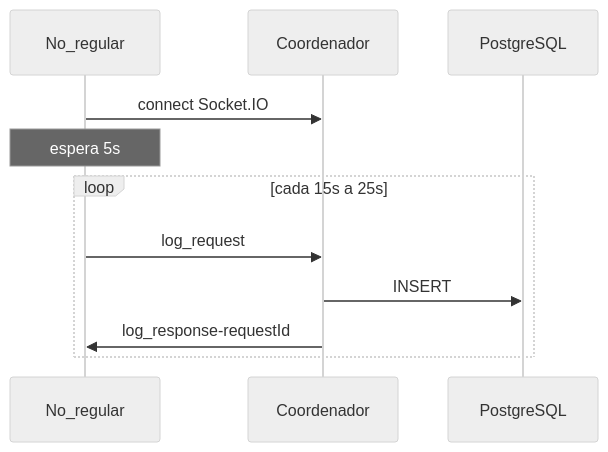
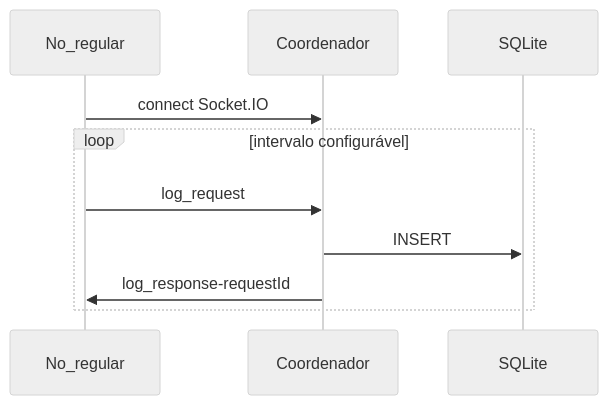
Before and after one commit to GabrielFSSantos/ring-coordinator-lab: the diagram in docs/documentation/11_fluxo_ponta_a_ponta.md, drawn with Mermaid (neutral theme). The commit also changed other lines of this file and 171 other files, not shown here.

First line of the commit message:
feat: storage HTTP, timeline global, lab-tail e LAN 8 nós

````diff
--- a/docs/documentation/11_fluxo_ponta_a_ponta.md
+++ b/docs/documentation/11_fluxo_ponta_a_ponta.md
@@ -19,13 +18,12 @@
 ```mermaid
 sequenceDiagram
   participant Reg as No_regular
   participant Coord as Coordenador
-  participant DB as PostgreSQL
+  participant DB as SQLite
   Reg->>Coord: connect Socket.IO
-  Note over Reg: espera 5s
-  loop cada 15s a 25s
+  loop intervalo configurável
     Reg->>Coord: log_request
     Coord->>DB: INSERT
     Coord->>Reg: log_response-requestId
   end
 ```
````
